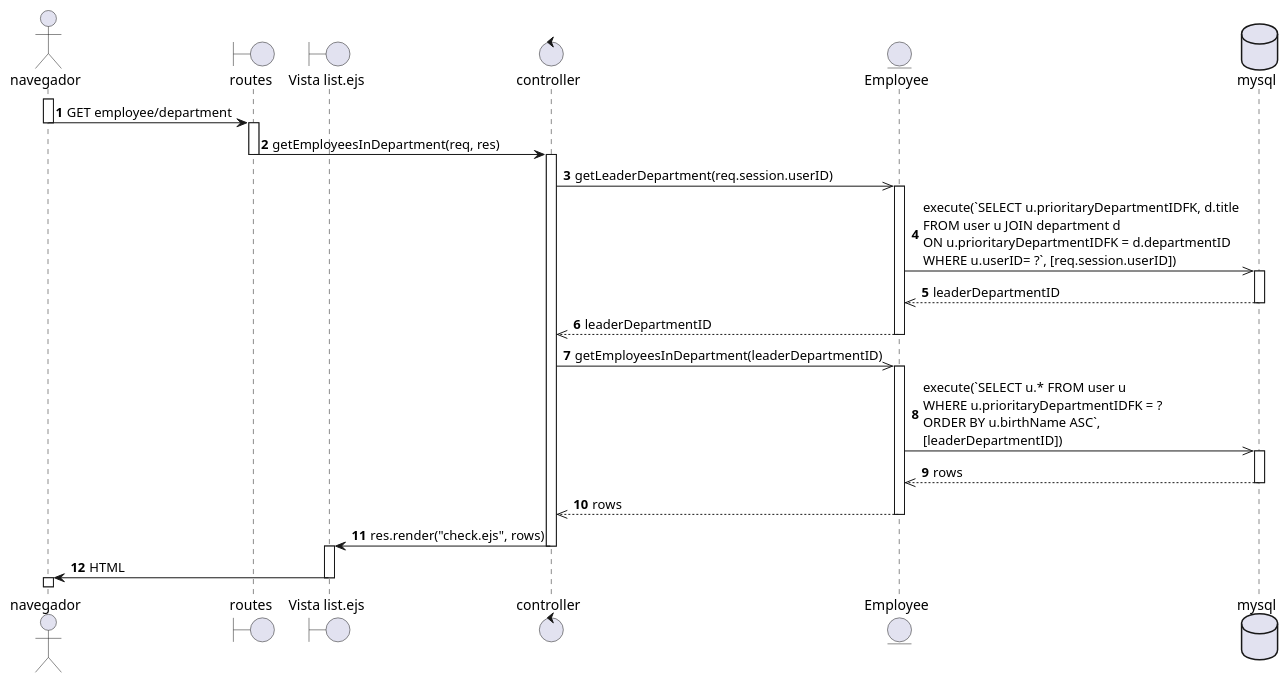
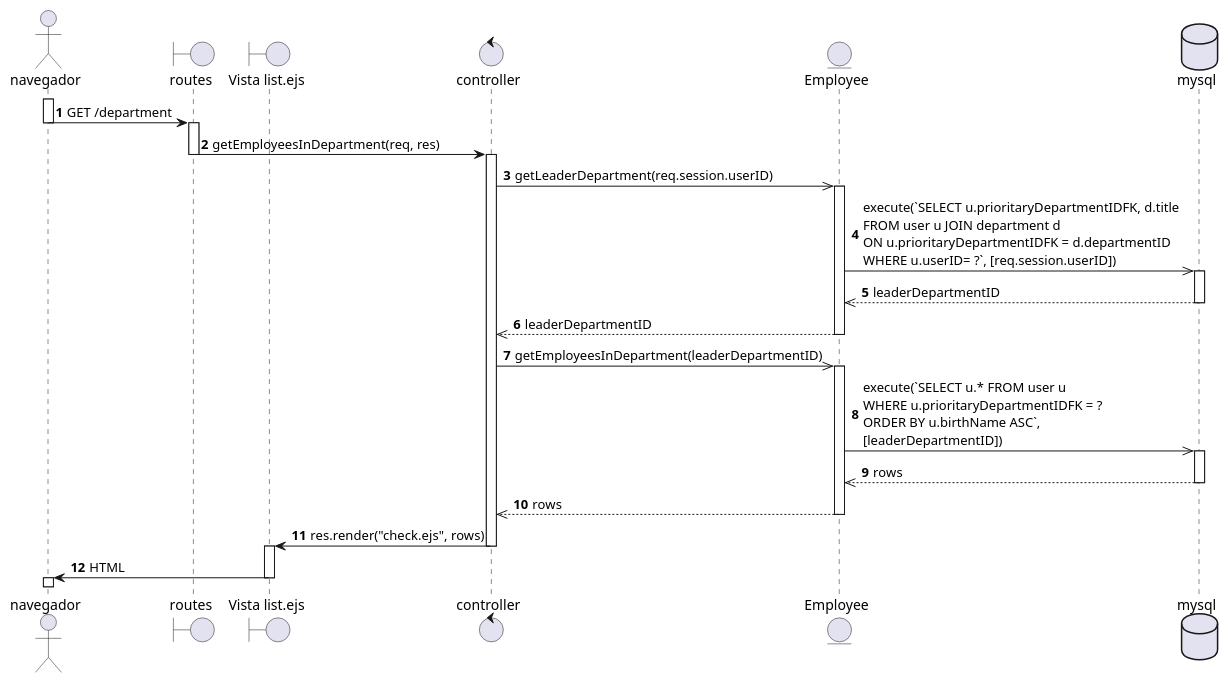
One commit to EdCanCe/WorkCells changed the diagram in diagrams/Casos de Uso/yael req fun/Diagramas de Secuencia/liderConsultaColaboradoresDepartamento.puml. Above: the diagram before and after it, drawn with PlantUML. The commit also changed 1 other file, not shown here.

```diff
--- a/diagrams/Casos de Uso/yael req fun/Diagramas de Secuencia/liderConsultaColaboradoresDepartamento.puml
+++ b/diagrams/Casos de Uso/yael req fun/Diagramas de Secuencia/liderConsultaColaboradoresDepartamento.puml
@@ -1,45 +1,45 @@
 @startuml
 
 actor navegador as nav
 boundary routes
 boundary "Vista list.ejs" as list
 control controller
 entity Employee as emp
 database mysql
 
 autonumber
 
 activate nav
-nav -> routes: GET employee/department
+nav -> routes: GET /department
 deactivate nav
 activate routes
 routes -> controller: getEmployeesInDepartment(req, res)
 deactivate routes
 
 activate controller  
 controller ->> emp: getLeaderDepartment(req.session.userID)
 activate emp
 emp ->> mysql: execute(`SELECT u.prioritaryDepartmentIDFK, d.title \nFROM user u JOIN department d \nON u.prioritaryDepartmentIDFK = d.departmentID \nWHERE u.userID= ?`, [req.session.userID])
 activate mysql
 mysql -->> emp: leaderDepartmentID
 deactivate mysql
 emp -->> controller: leaderDepartmentID
 deactivate emp
 
 controller ->> emp: getEmployeesInDepartment(leaderDepartmentID)
 activate emp
 emp ->> mysql: execute(`SELECT u.* FROM user u \nWHERE u.prioritaryDepartmentIDFK = ? \nORDER BY u.birthName ASC`, \n[leaderDepartmentID])
 activate mysql
 mysql -->> emp: rows
 deactivate mysql
 emp -->> controller: rows
 deactivate emp
 controller -> list: res.render("check.ejs", rows)
 deactivate controller
 
 activate list
 list -> nav: HTML
 deactivate list
 activate nav
 
 @enduml
```
